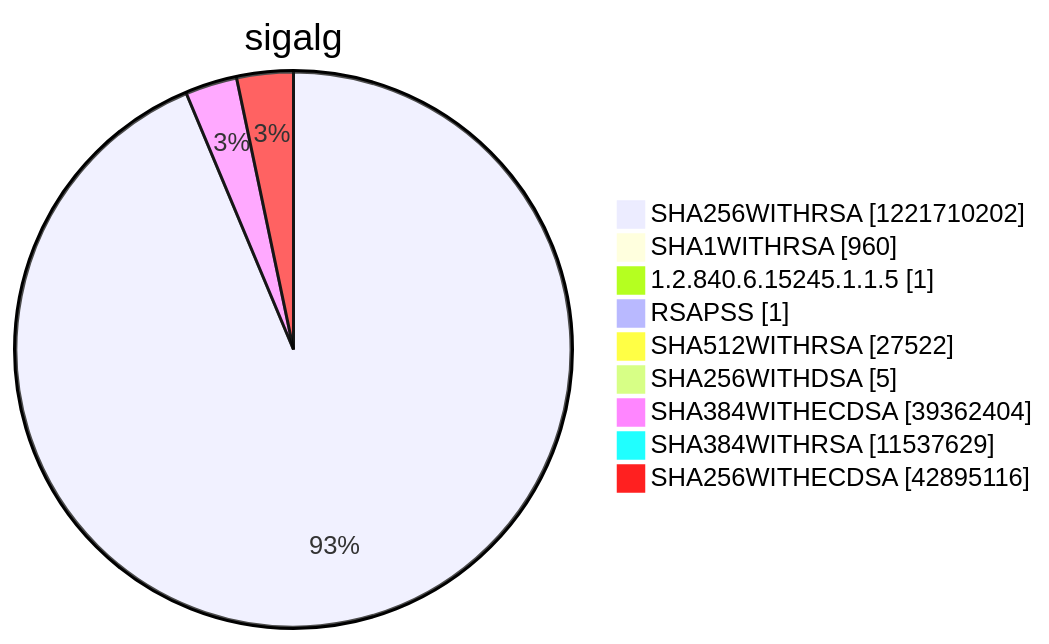
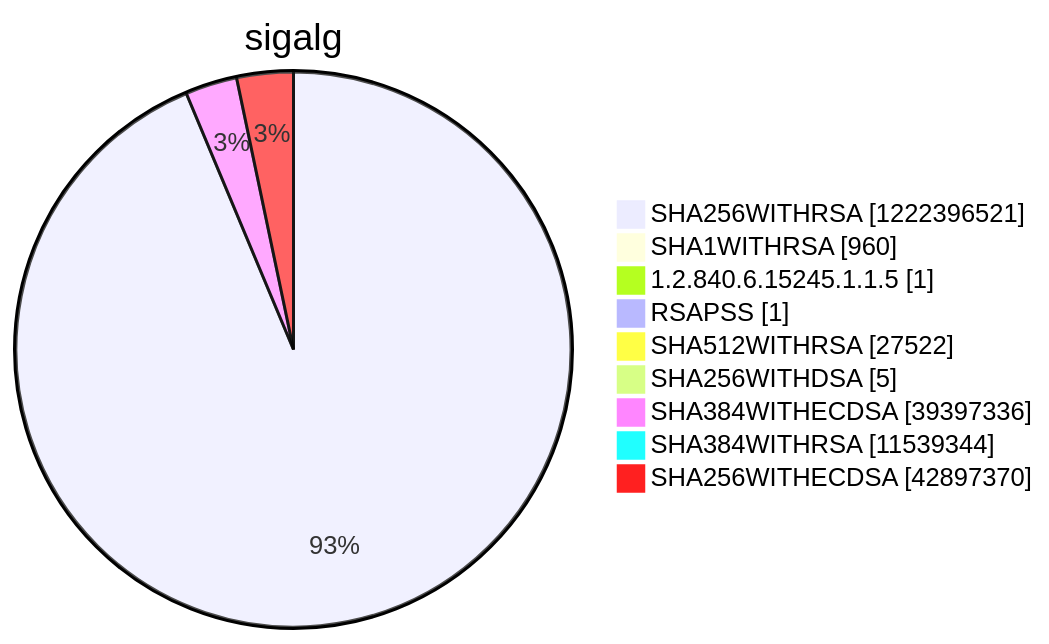
Before and after one commit to christiankrug/ctmonitor_visualization: diagram 15 of 15 in argon2022/README.md, drawn with Mermaid. The commit also changed other lines of this file, not shown here.

````diff
--- a/argon2022/README.md
+++ b/argon2022/README.md
@@ -5521,13 +5521,13 @@
 ```mermaid
 pie showData
 title sigalg
-"SHA256WITHRSA" :1221710202
+"SHA256WITHRSA" :1222396521
 "SHA1WITHRSA" :960
 "1.2.840.6.15245.1.1.5" :1
 "RSAPSS" :1
 "SHA512WITHRSA" :27522
 "SHA256WITHDSA" :5
-"SHA384WITHECDSA" :39362404
-"SHA384WITHRSA" :11537629
-"SHA256WITHECDSA" :42895116
+"SHA384WITHECDSA" :39397336
+"SHA384WITHRSA" :11539344
+"SHA256WITHECDSA" :42897370
 ```
````
